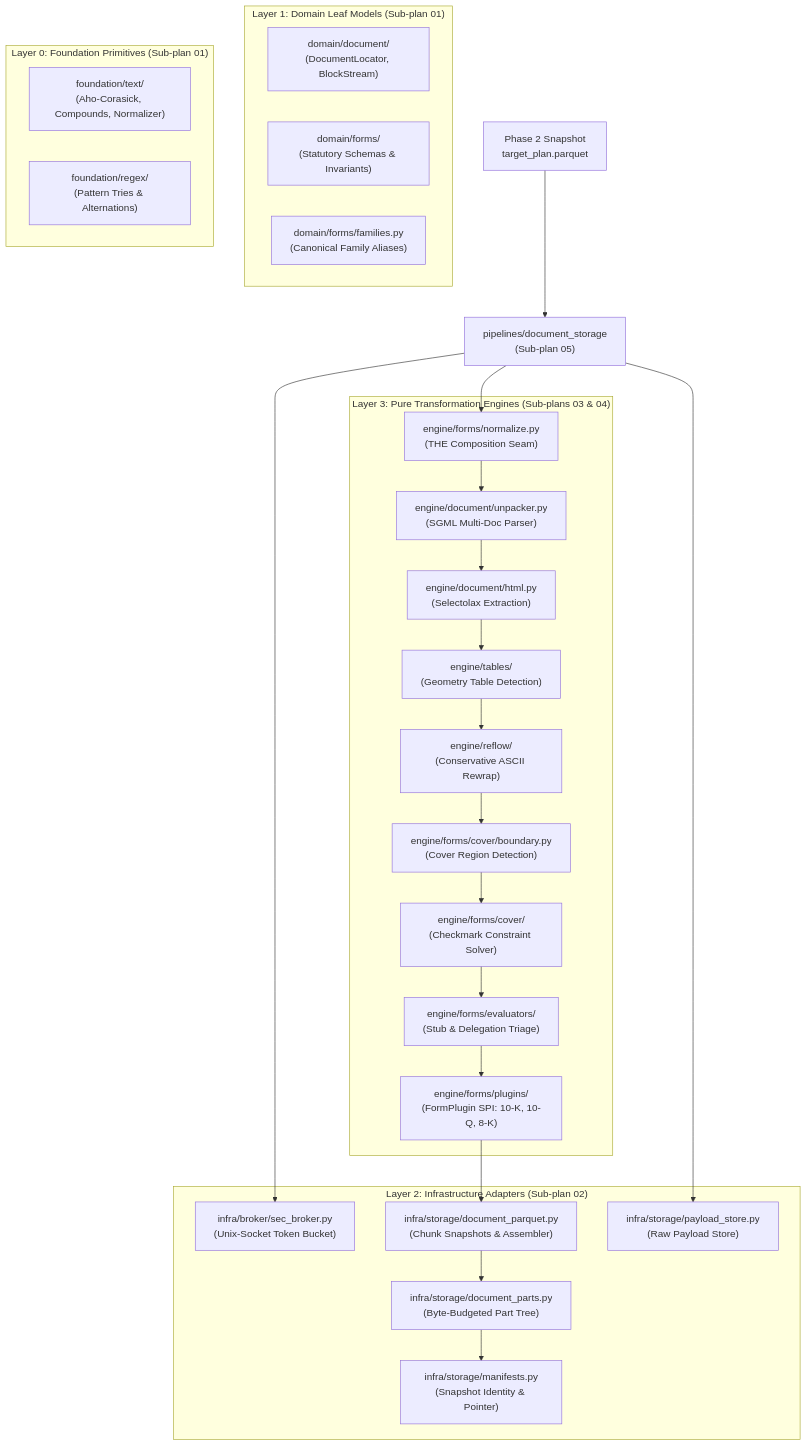
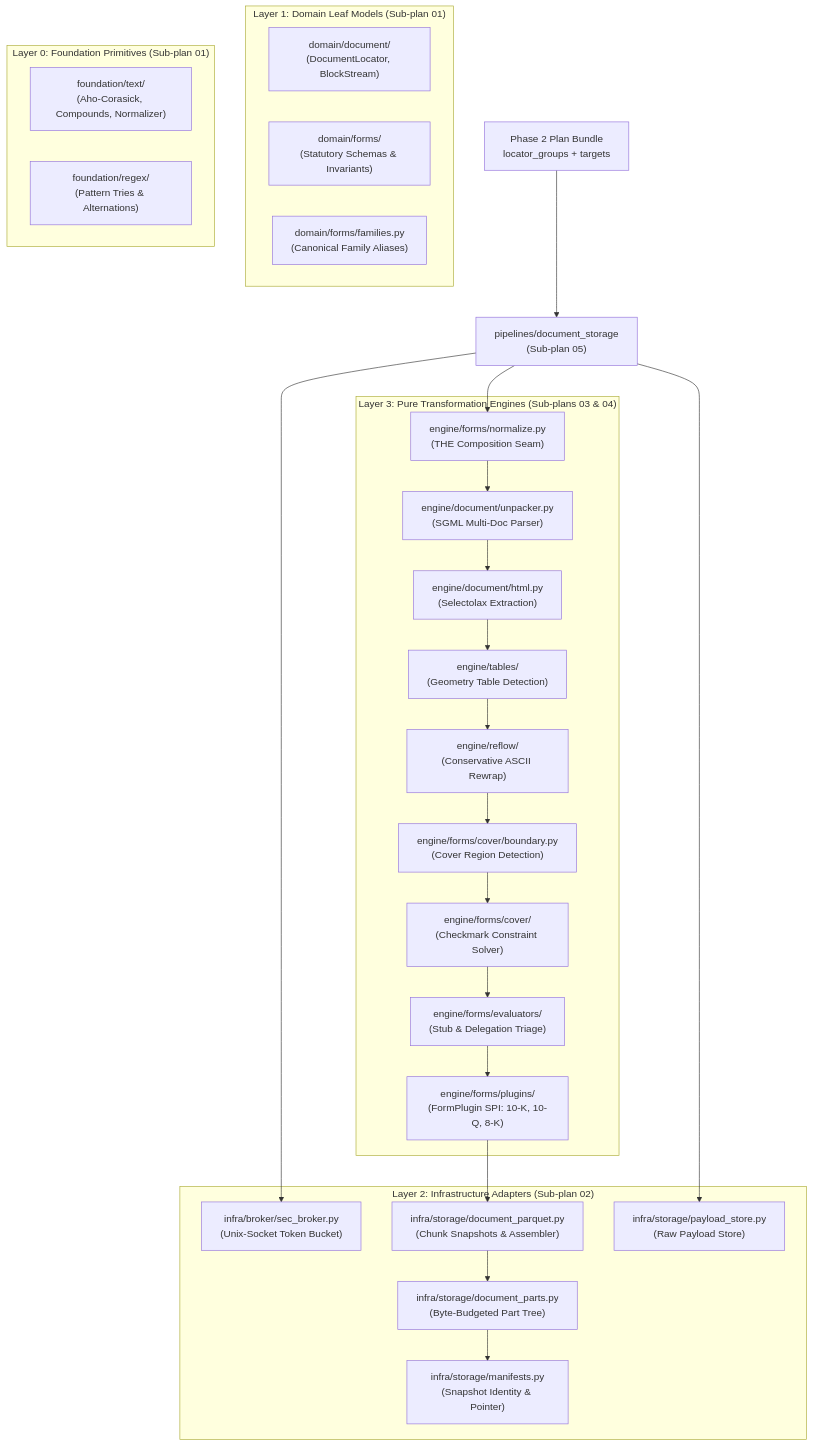
One commit to DerivedFunction01/edgar-sec changed the first of 3 diagrams in roadmap/refactor_v2/phase_2_5.md. Above: the diagram before and after it, drawn with Mermaid. The commit also changed other lines of this file and 35 other files, not shown here.

````diff
--- a/roadmap/refactor_v2/phase_2_5.md
+++ b/roadmap/refactor_v2/phase_2_5.md
@@ -26,50 +26,50 @@
 ```mermaid
 graph TD
-    P2["Phase 2 Snapshot<br/>target_plan.parquet"] --> Pipe["pipelines/document_storage<br/>(Sub-plan 05)"]
+    P2["Phase 2 Plan Bundle<br/>locator_groups + targets"] --> Pipe["pipelines/document_storage<br/>(Sub-plan 05)"]
     
     subgraph "Layer 2: Infrastructure Adapters (Sub-plan 02)"
         Broker["infra/broker/sec_broker.py<br/>(Unix-Socket Token Bucket)"]
         ParquetOut["infra/storage/document_parquet.py<br/>(Chunk Snapshots & Assembler)"]
         Parts["infra/storage/document_parts.py<br/>(Byte-Budgeted Part Tree)"]
         Manifests["infra/storage/manifests.py<br/>(Snapshot Identity & Pointer)"]
         Payloads["infra/storage/payload_store.py<br/>(Raw Payload Store)"]
     end
 
     subgraph "Layer 3: Pure Transformation Engines (Sub-plans 03 & 04)"
         SGML["engine/document/unpacker.py<br/>(SGML Multi-Doc Parser)"]
         HTML["engine/document/html.py<br/>(Selectolax Extraction)"]
         Reflow["engine/reflow/<br/>(Conservative ASCII Rewrap)"]
         Tables["engine/tables/<br/>(Geometry Table Detection)"]
         Boundary["engine/forms/cover/boundary.py<br/>(Cover Region Detection)"]
         Cover["engine/forms/cover/<br/>(Checkmark Constraint Solver)"]
         Evaluators["engine/forms/evaluators/<br/>(Stub & Delegation Triage)"]
         Plugins["engine/forms/plugins/<br/>(FormPlugin SPI: 10-K, 10-Q, 8-K)"]
         Seam["engine/forms/normalize.py<br/>(THE Composition Seam)"]
     end
 
     subgraph "Layer 1: Domain Leaf Models (Sub-plan 01)"
         DocDomain["domain/document/<br/>(DocumentLocator, BlockStream)"]
         FormDomain["domain/forms/<br/>(Statutory Schemas & Invariants)"]
         Families["domain/forms/families.py<br/>(Canonical Family Aliases)"]
     end
 
     subgraph "Layer 0: Foundation Primitives (Sub-plan 01)"
         FoundText["foundation/text/<br/>(Aho-Corasick, Compounds, Normalizer)"]
         FoundRegex["foundation/regex/<br/>(Pattern Tries & Alternations)"]
     end
 
     Pipe --> Seam
     Seam --> SGML
     SGML --> HTML
     HTML --> Tables
     Tables --> Reflow
     Reflow --> Boundary
     Boundary --> Cover
     Cover --> Evaluators
     Evaluators --> Plugins
     Plugins --> ParquetOut
     ParquetOut --> Parts
     Parts --> Manifests
     Pipe --> Payloads
     Pipe --> Broker
 ```
````
